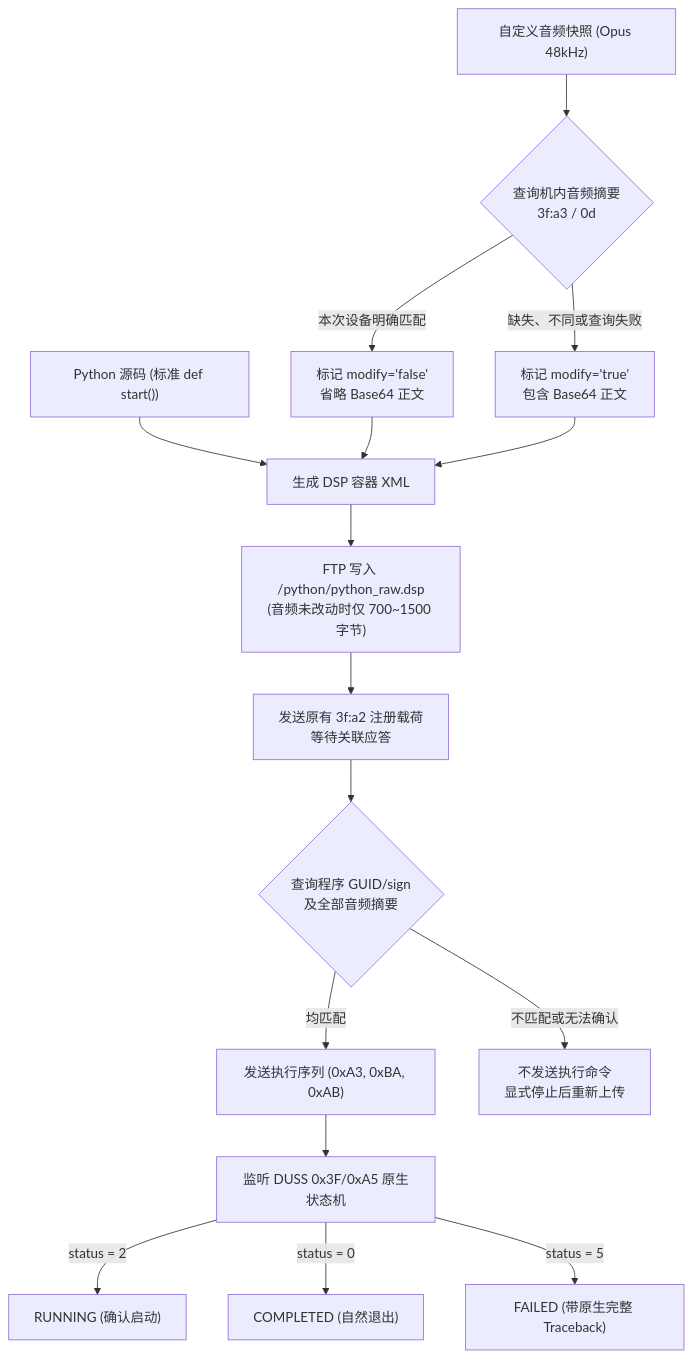
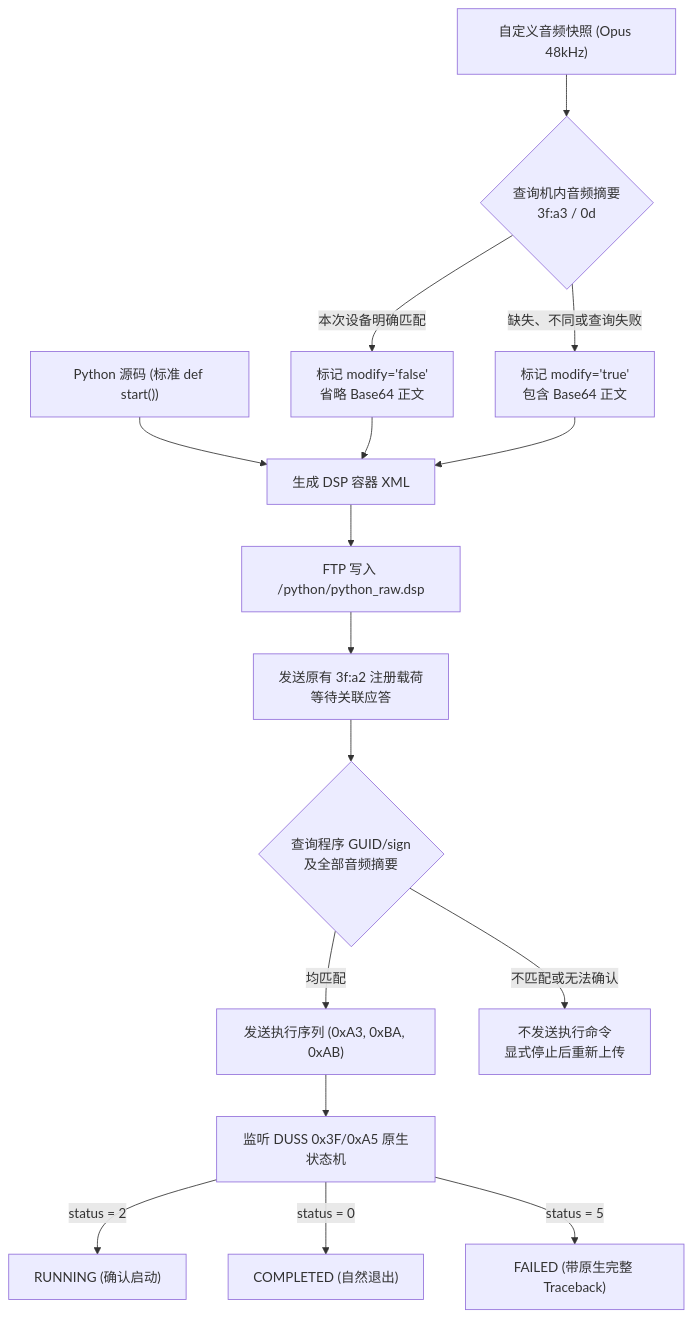
The sixth of 9 diagrams in docs/architecture.md (elonzh/hanppie), drawn with Mermaid before and after one commit. The commit also changed other lines of this file and 33 other files, not shown here.

````diff
--- a/docs/architecture.md
+++ b/docs/architecture.md
@@ -578,18 +584,18 @@
 ```mermaid
 flowchart TD
     SCRIPT["Python 源码 (标准 def start())"] --> PACK["生成 DSP 容器 XML"]
     AUDIO["自定义音频快照 (Opus 48kHz)"] --> CACHE_CHECK{"查询机内音频摘要<br/>3f:a3 / 0d"}
     CACHE_CHECK -- " 本次设备明确匹配 " --> XML_STUB["标记 modify='false'<br/>省略 Base64 正文"]
     CACHE_CHECK -- " 缺失、不同或查询失败 " --> XML_FULL["标记 modify='true'<br/>包含 Base64 正文"]
     XML_STUB --> PACK
     XML_FULL --> PACK
-    PACK --> FTP_UP["FTP 写入 /python/python_raw.dsp<br/>(音频未改动时仅 700~1500 字节)"]
+    PACK --> FTP_UP["FTP 写入 /python/python_raw.dsp"]
     FTP_UP --> REGISTER["发送原有 3f:a2 注册载荷<br/>等待关联应答"]
     REGISTER --> VERIFY{"查询程序 GUID/sign<br/>及全部音频摘要"}
     VERIFY -- " 均匹配 " --> DUSS_RUN["发送执行序列 (0xA3, 0xBA, 0xAB)"]
     VERIFY -- " 不匹配或无法确认 " --> WAIT["不发送执行命令<br/>显式停止后重新上传"]
     DUSS_RUN --> MONITOR["监听 DUSS 0x3F/0xA5 原生状态机"]
     MONITOR -->|status = 2| RUNNING["RUNNING (确认启动)"]
     MONITOR -->|status = 0| COMPLETED["COMPLETED (自然退出)"]
     MONITOR -->|status = 5| FAILED["FAILED (带原生完整 Traceback)"]
 ```
````
